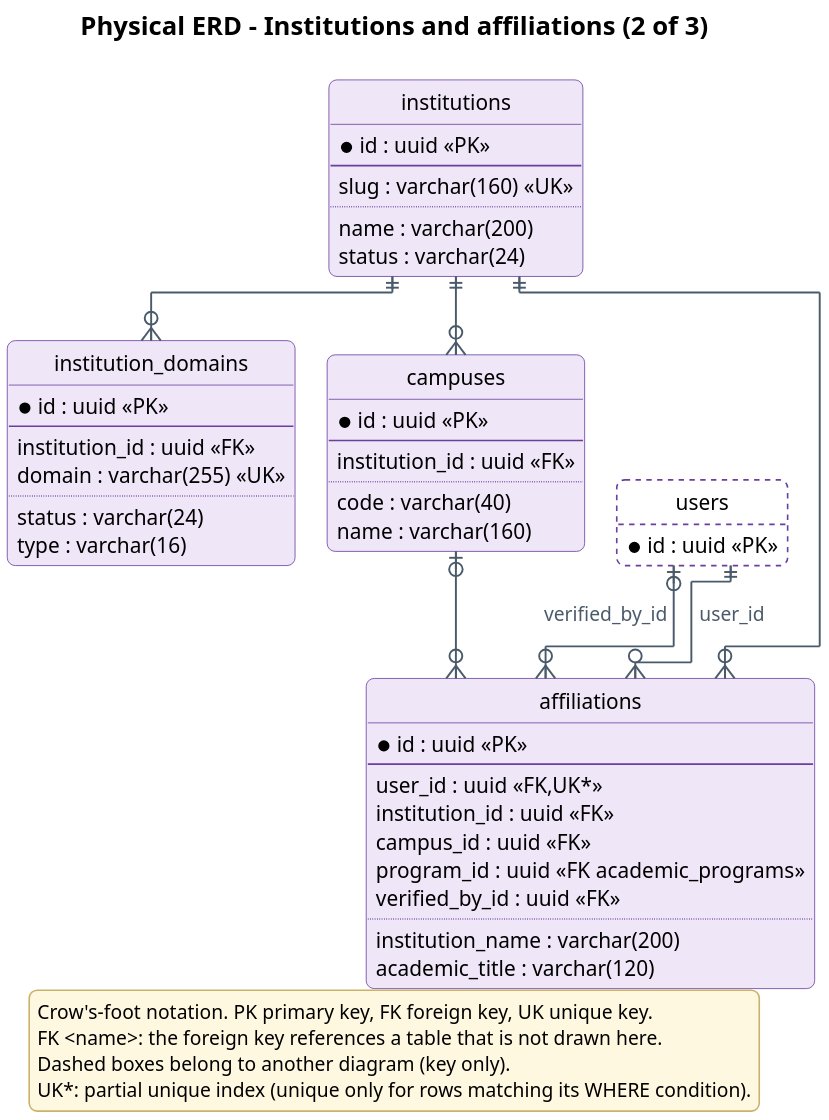
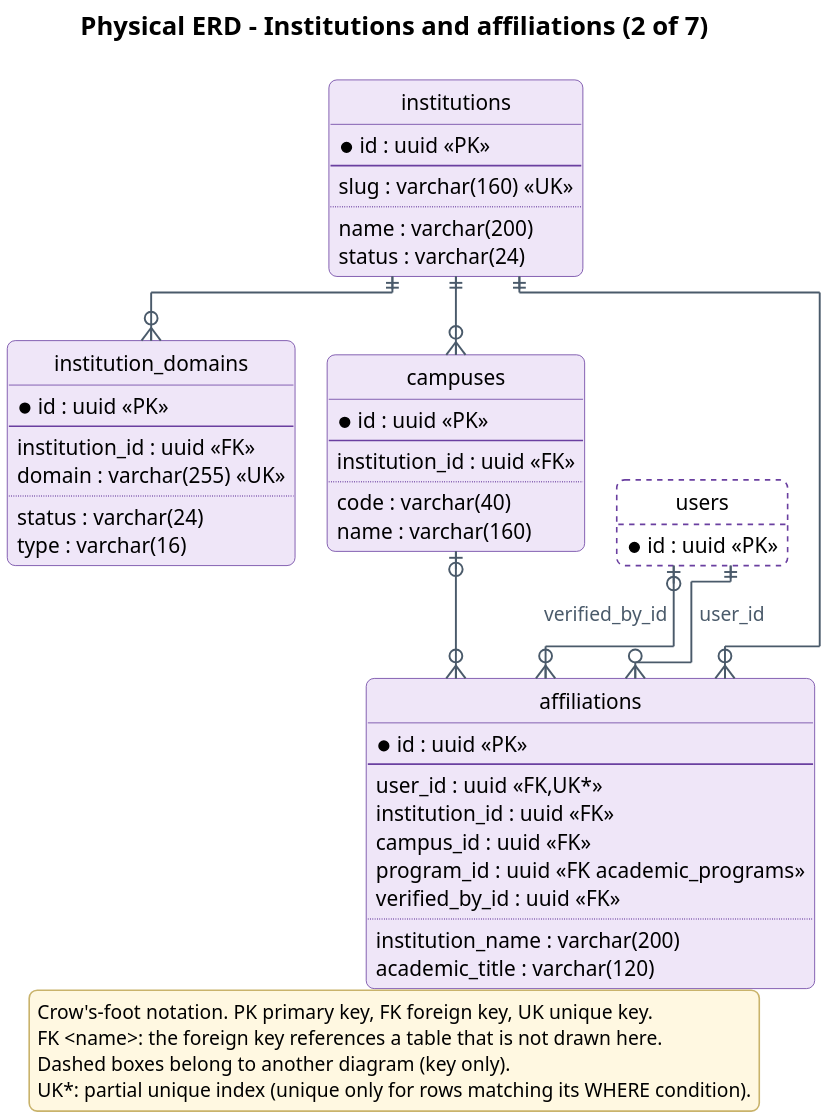
The diagram in docs/diagrams/report4/R4_ERD_identity_b.puml (Khoa-Hoa-Technology-Solution-Company/lumi-gap), drawn with PlantUML before and after one commit. The commit also changed 202 other files, not shown here.

First line of the commit message:
docs: relayout report diagrams with orthogonal hand-placed layouts

```diff
--- a/docs/diagrams/report4/R4_ERD_identity_b.puml
+++ b/docs/diagrams/report4/R4_ERD_identity_b.puml
@@ -1,80 +1,80 @@
 @startuml
 !pragma layout elk
 skinparam dpi 200
 skinparam defaultFontName "Segoe UI"
 skinparam defaultFontSize 13
 skinparam shadowing false
 skinparam roundCorner 10
 skinparam backgroundColor #FFFFFF
 skinparam ArrowColor #4A5A6A
 skinparam ArrowThickness 1.2
 skinparam ArrowFontSize 12
 skinparam ArrowFontColor #4A5A6A
 skinparam TitleFontSize 16
 skinparam TitleFontStyle bold
 skinparam entity {
   BackgroundColor #EFE6F8
   BorderColor #6A3FA0
 }
 skinparam legend {
   BackgroundColor #FFF8E1
   BorderColor #C9B36B
   FontSize 12
 }
 skinparam stereotypeFontSize 10
 hide circle
 hide empty methods
-title Physical ERD - Institutions and affiliations (2 of 3)
+title Physical ERD - Institutions and affiliations (2 of 7)
 entity institutions #EFE6F8;line:6A3FA0 {
   * id : uuid <<PK>>
   --
   slug : varchar(160) <<UK>>
   ..
   name : varchar(200)
   status : varchar(24)
 }
 entity institution_domains #EFE6F8;line:6A3FA0 {
   * id : uuid <<PK>>
   --
   institution_id : uuid <<FK>>
   domain : varchar(255) <<UK>>
   ..
   status : varchar(24)
   type : varchar(16)
 }
 entity campuses #EFE6F8;line:6A3FA0 {
   * id : uuid <<PK>>
   --
   institution_id : uuid <<FK>>
   ..
   code : varchar(40)
   name : varchar(160)
 }
 entity affiliations #EFE6F8;line:6A3FA0 {
   * id : uuid <<PK>>
   --
   user_id : uuid <<FK,UK*>>
   institution_id : uuid <<FK>>
   campus_id : uuid <<FK>>
   program_id : uuid <<FK academic_programs>>
   verified_by_id : uuid <<FK>>
   ..
   institution_name : varchar(200)
   academic_title : varchar(120)
 }
 entity users #FFFFFF;line:6A3FA0;line.dashed {
   * id : uuid <<PK>>
 }
 campuses |o--o{ affiliations
 institutions ||--o{ affiliations
 institutions ||--o{ campuses
 institutions ||--o{ institution_domains
 users ||--o{ affiliations : user_id
 users |o--o{ affiliations : verified_by_id
 legend bottom
 Crow's-foot notation. PK primary key, FK foreign key, UK unique key.
 FK <name>: the foreign key references a table that is not drawn here.
 Dashed boxes belong to another diagram (key only).
 UK*: partial unique index (unique only for rows matching its WHERE condition).
 endlegend
 @enduml
```
